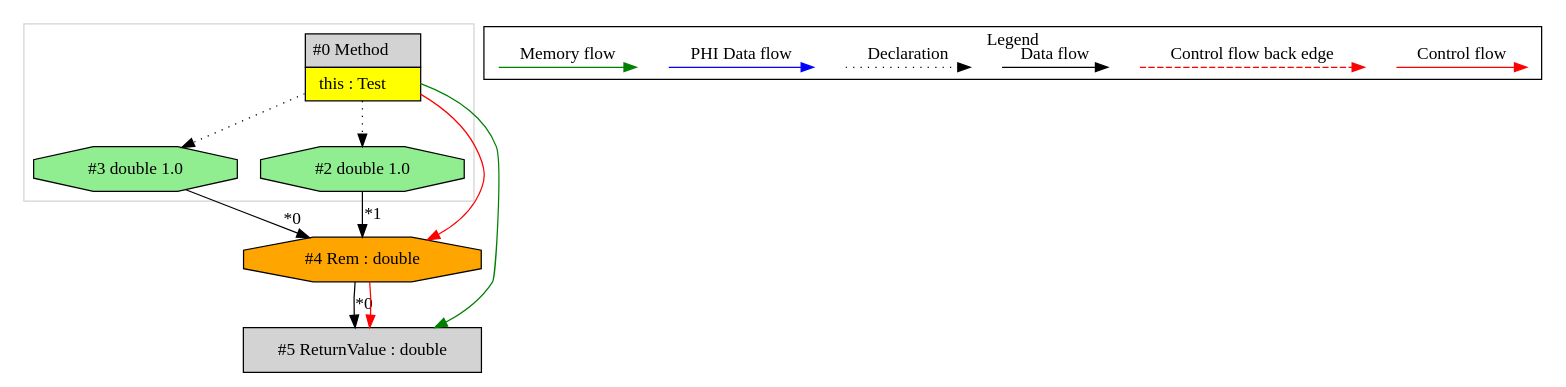
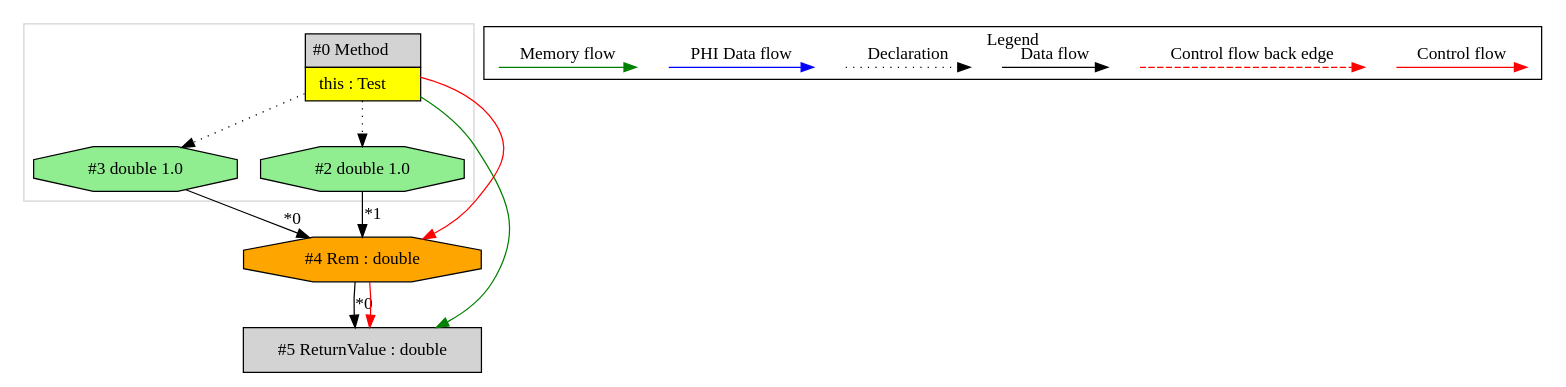
One commit to mirkosertic/MetaIR changed the diagram in de.mirkosertic.metair.ir.OpcodeDREMTest/test_DREM/ir.dot. Above: the diagram before and after it, drawn with Graphviz. The commit also changed other lines of this file and 1455 other files, not shown here.

```diff
--- a/de.mirkosertic.metair.ir.OpcodeDREMTest/test_DREM/ir.dot
+++ b/de.mirkosertic.metair.ir.OpcodeDREMTest/test_DREM/ir.dot
@@ -1,48 +1,48 @@
 digraph {
  ordering="in";
  node0[margin="0", label=<<table border="0" cellborder="1" cellspacing="0" cellpadding="5"><tr><td colspan="1">#0 Method</td></tr><tr><td port="prj1" bgcolor="yellow">this : Test</td></tr></table>>,shape=none, fillcolor=lightgrey, style=filled];
+ node5[label="#5 ReturnValue : double",shape=box, fillcolor=lightgrey, style=filled];
+ node4 -> node5[headlabel="*0", labeldistance=2];
+ node4 -> node5[labeldistance=2, color=red, fontcolor=red];
+ node0 -> node5[labeldistance=2, color=green, constraint=false];
  node4[label="#4 Rem : double",shape=octagon, fillcolor=orange, style=filled];
  node3 -> node4[headlabel="*0", labeldistance=2];
  node2 -> node4[headlabel="*1", labeldistance=2];
  node0 -> node4[labeldistance=2, color=red, fontcolor=red];
  node2[label="#2 double 1.0",shape=octagon, fillcolor=lightgreen, style=filled];
  node0 -> node2[style=dotted];
  node3[label="#3 double 1.0",shape=octagon, fillcolor=lightgreen, style=filled];
  node0 -> node3[style=dotted];
- node5[label="#5 ReturnValue : double",shape=box, fillcolor=lightgrey, style=filled];
- node4 -> node5[headlabel="*0", labeldistance=2];
- node4 -> node5[labeldistance=2, color=red, fontcolor=red];
- node0 -> node5[labeldistance=2, color=green, constraint=false];
  subgraph cluster_0 {
   color=lightgray;
   node0;
   node2;
   node3;
  }
  subgraph cluster_000 {
   label = "Legend";
   node [shape=point]
   {
    rank=same;
    c0 [style = invis];
    c1 [style = invis];
    c2 [style = invis];
    c3 [style = invis];
    d0 [style = invis];
    d1 [style = invis];
    d2 [style = invis];
    d3 [style = invis];
    d4 [style = invis];
    d5 [style = invis];
    d6 [style = invis];
    d7 [style = invis];
   }
   c0 -> c1 [label="Control flow", style=solid, color=red]
   c2 -> c3 [label="Control flow back edge", style=dashed, color=red]
   d0 -> d1 [label="Data flow"]
   d2 -> d3 [label="Declaration", style=dotted]
   d4 -> d5 [label="PHI Data flow", color=blue]
   d6 -> d7 [label="Memory flow", color=green]
  }
 
 }
```
